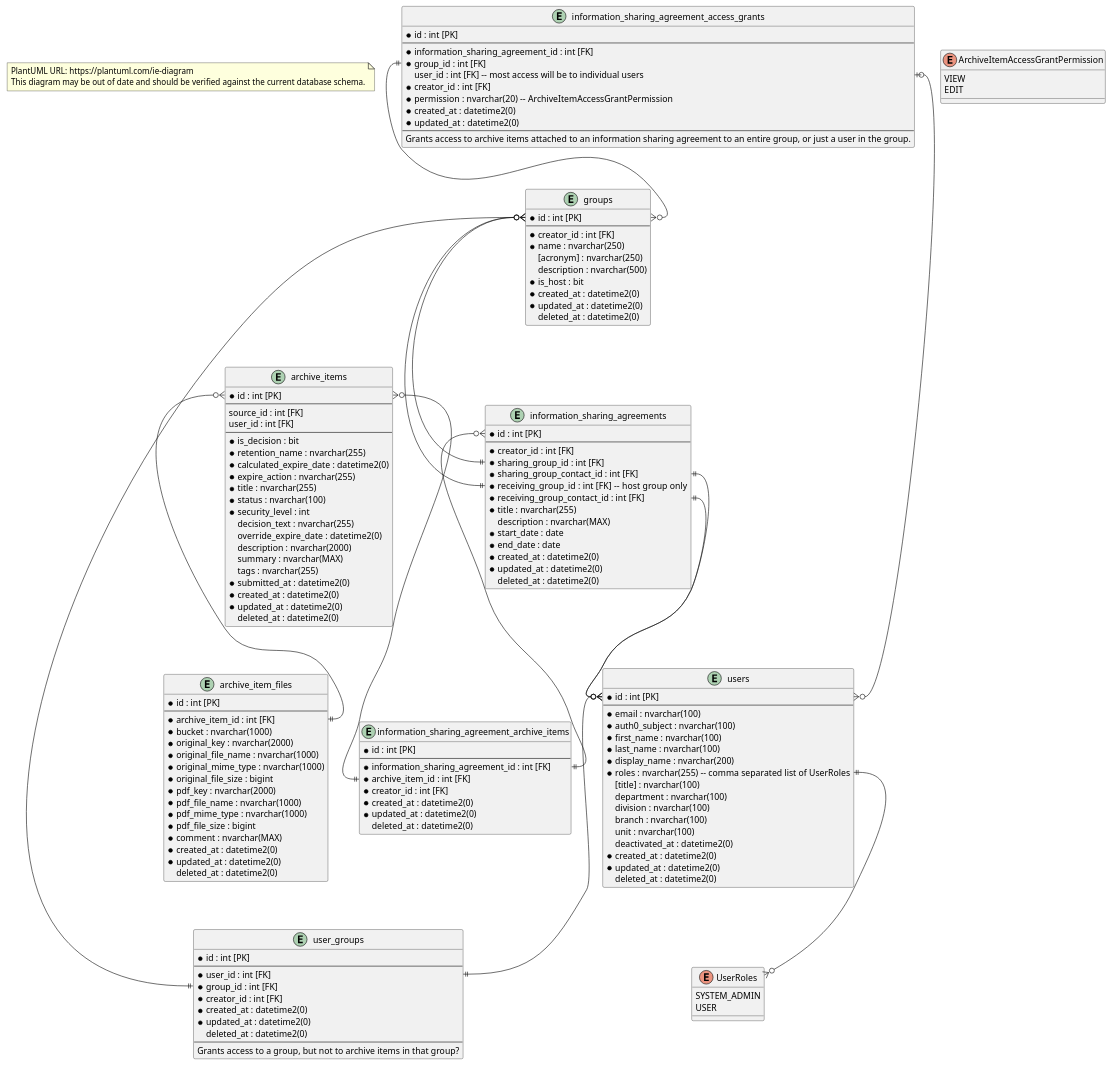
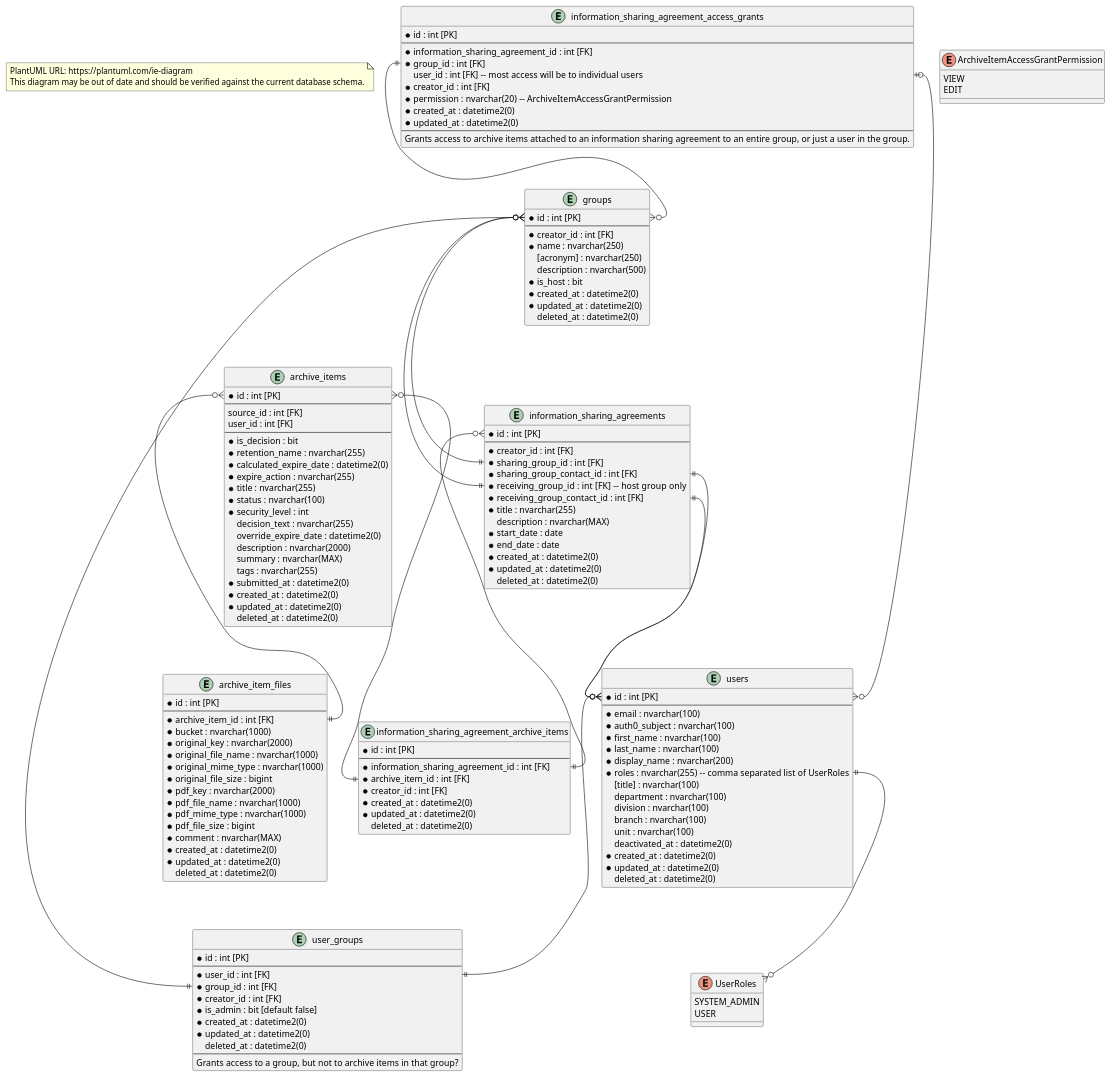
One commit to ytgov/traditional-knowledge changed the diagram in _Design/Entity Relationship Diagram.wsd. Above: the diagram before and after it, drawn with PlantUML. The commit also changed 1 other file, not shown here.

Commit message:
:tophat: Add is-admin flag to user groups entity relationship diagram.

```diff
--- a/_Design/Entity Relationship Diagram.wsd
+++ b/_Design/Entity Relationship Diagram.wsd
@@ -1,164 +1,164 @@
 @startuml Entity Relationship Diagram
 top to bottom direction
 
 note as Disclaimer
 PlantUML URL: https://plantuml.com/ie-diagram
 This diagram may be out of date and should be verified against the current database schema.
 end note
 
 entity "archive_items" {
   * id : int [PK]
   --
   source_id : int [FK]
   user_id : int [FK]
   --
   * is_decision : bit
   * retention_name : nvarchar(255)
   * calculated_expire_date : datetime2(0)
   * expire_action : nvarchar(255)
   * title : nvarchar(255)
   * status : nvarchar(100)
   * security_level : int
   decision_text : nvarchar(255)
   override_expire_date : datetime2(0)
   description : nvarchar(2000)
   summary : nvarchar(MAX)
   tags : nvarchar(255)
   * submitted_at : datetime2(0)
   * created_at : datetime2(0)
   * updated_at : datetime2(0)
   deleted_at : datetime2(0)
 }
 
 entity "archive_item_files" {
   * id : int [PK]
   --
   * archive_item_id : int [FK]
   * bucket : nvarchar(1000)
   * original_key : nvarchar(2000)
   * original_file_name : nvarchar(1000)
   * original_mime_type : nvarchar(1000)
   * original_file_size : bigint
   * pdf_key : nvarchar(2000)
   * pdf_file_name : nvarchar(1000)
   * pdf_mime_type : nvarchar(1000)
   * pdf_file_size : bigint
   * comment : nvarchar(MAX)
   * created_at : datetime2(0)
   * updated_at : datetime2(0)
   deleted_at : datetime2(0)
 }
 
 enum ArchiveItemAccessGrantPermission {
   VIEW
   EDIT
 }
 
 entity "information_sharing_agreements" {
   * id : int [PK]
   --
   * creator_id : int [FK]
   * sharing_group_id : int [FK]
   * sharing_group_contact_id : int [FK]
   * receiving_group_id : int [FK]  -- host group only
   * receiving_group_contact_id : int [FK]
   * title : nvarchar(255)
   description : nvarchar(MAX)
   * start_date : date
   * end_date : date
   * created_at : datetime2(0)
   * updated_at : datetime2(0)
   deleted_at : datetime2(0)
 }
 
 entity "information_sharing_agreement_access_grants" {
   * id : int [PK]
   --
   * information_sharing_agreement_id : int [FK]
   * group_id : int [FK]
   user_id : int [FK] -- most access will be to individual users
   * creator_id : int [FK]
   * permission : nvarchar(20) -- ArchiveItemAccessGrantPermission
   * created_at : datetime2(0)
   * updated_at : datetime2(0)
   --
   Grants access to archive items attached to an information sharing agreement to an entire group, or just a user in the group.
 }
 
 entity "information_sharing_agreement_archive_items" {
   * id : int [PK]
   --
   * information_sharing_agreement_id : int [FK]
   * archive_item_id : int [FK]
   * creator_id : int [FK]
   * created_at : datetime2(0)
   * updated_at : datetime2(0)
   deleted_at : datetime2(0)
 }
 
 entity "groups" {
   * id : int [PK]
   --
   * creator_id : int [FK]
   * name : nvarchar(250)
   [acronym] : nvarchar(250)
   description : nvarchar(500)
   * is_host : bit
   * created_at : datetime2(0)
   * updated_at : datetime2(0)
   deleted_at : datetime2(0)
 }
 
 entity "users" {
   * id : int [PK]
   --
   * email : nvarchar(100)
   * auth0_subject : nvarchar(100)
   * first_name : nvarchar(100)
   * last_name : nvarchar(100)
   * display_name : nvarchar(200)
   * roles : nvarchar(255) -- comma separated list of UserRoles
   [title] : nvarchar(100)
   department : nvarchar(100)
   division : nvarchar(100)
   branch : nvarchar(100)
   unit : nvarchar(100)
   deactivated_at : datetime2(0)
   * created_at : datetime2(0)
   * updated_at : datetime2(0)
   deleted_at : datetime2(0)
 }
 
 enum UserRoles {
   SYSTEM_ADMIN
   USER
 }
 
 entity "user_groups" {
   * id : int [PK]
   --
   * user_id : int [FK]
   * group_id : int [FK]
   * creator_id : int [FK]
-  ' is_admin : bit -- TODO: implement, or use roles like with users.
+  * is_admin : bit [default false]
   * created_at : datetime2(0)
   * updated_at : datetime2(0)
   deleted_at : datetime2(0)
   --
   Grants access to a group, but not to archive items in that group?
 }
 
 ' Relationships
 archive_items::id }o--|| archive_item_files::archive_item_id
 archive_items::id }o--|| information_sharing_agreement_archive_items::archive_item_id
 groups::id }o--|| information_sharing_agreements::receiving_group_id
 groups::id }o--|| information_sharing_agreements::sharing_group_id
 groups::id }o--|| user_groups::group_id
 information_sharing_agreement_access_grants::group_id ||--o{ groups::id
 information_sharing_agreement_access_grants::user_id |o--o{ users::id
 information_sharing_agreements::id }o--|| information_sharing_agreement_archive_items::information_sharing_agreement_id
 information_sharing_agreements::receiving_group_contact_id ||--o{ users::id
 information_sharing_agreements::sharing_group_contact_id ||--o{ users::id
 users::id }o--|| user_groups::user_id
 users::roles ||--o{ UserRoles
 @enduml
```
